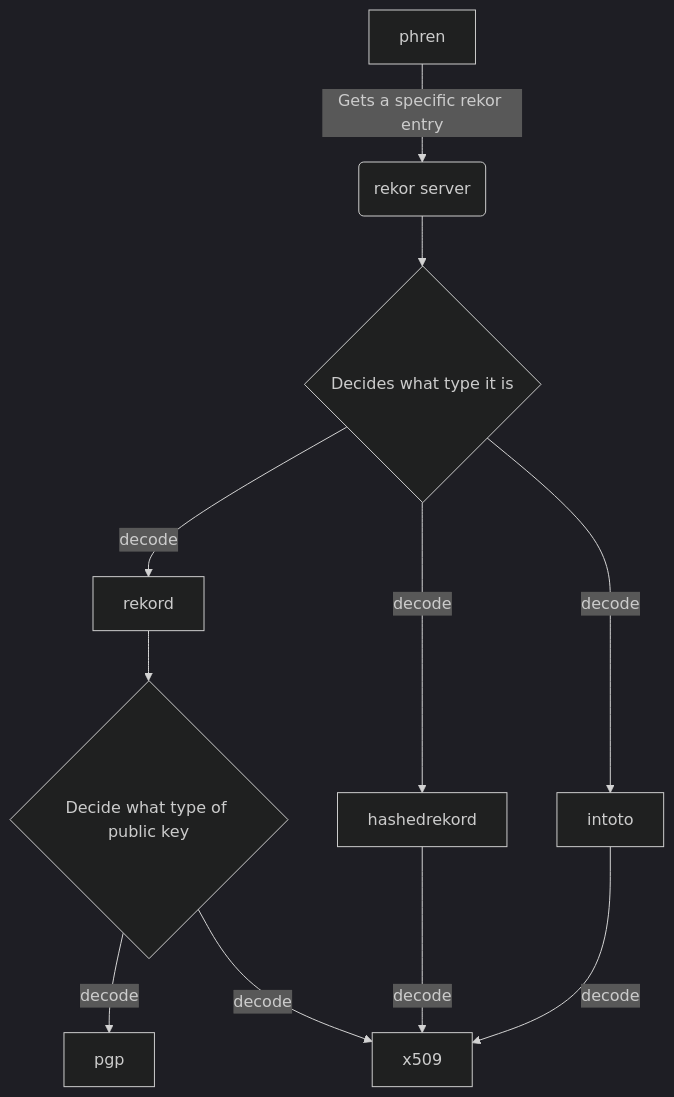
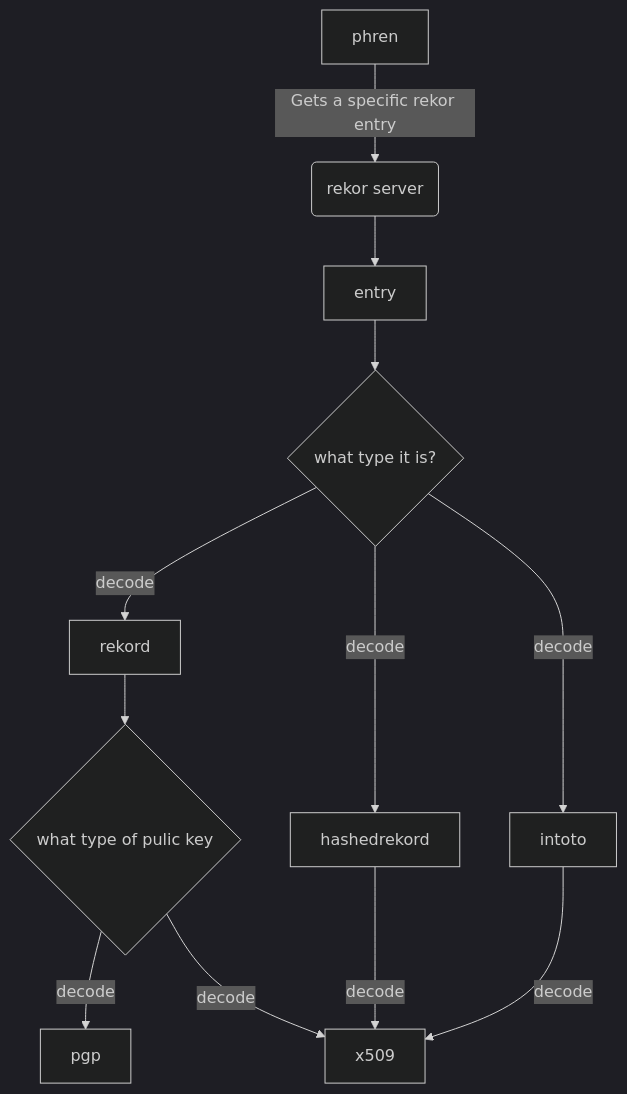
The diagram in README.md (naveensrinivasan/rekor-phren), drawn with Mermaid (dark theme) before and after one commit.

Commit message:
Updated the diagram

````diff
--- a/README.md
+++ b/README.md
@@ -8,13 +8,14 @@
 ```mermaid
 graph TD
     A[phren] -->|Gets a specific rekor entry| B(rekor server)
-    B --> C{Decides what type it is}
+    B --> K[entry]
+    K --> C{what type it is?}
     C -->|decode| D[rekord]
     C -->|decode| E[hashedrekord]
     C -->|decode| F[intoto]
-    D -->G{Decide what type of public key}
+    D -->G{what type of pulic key}
     G -->|decode| H[pgp]
     G -->|decode| I[x509]
     E -->|decode| I[x509]
     F -->|decode| I[x509]
 ```
````
